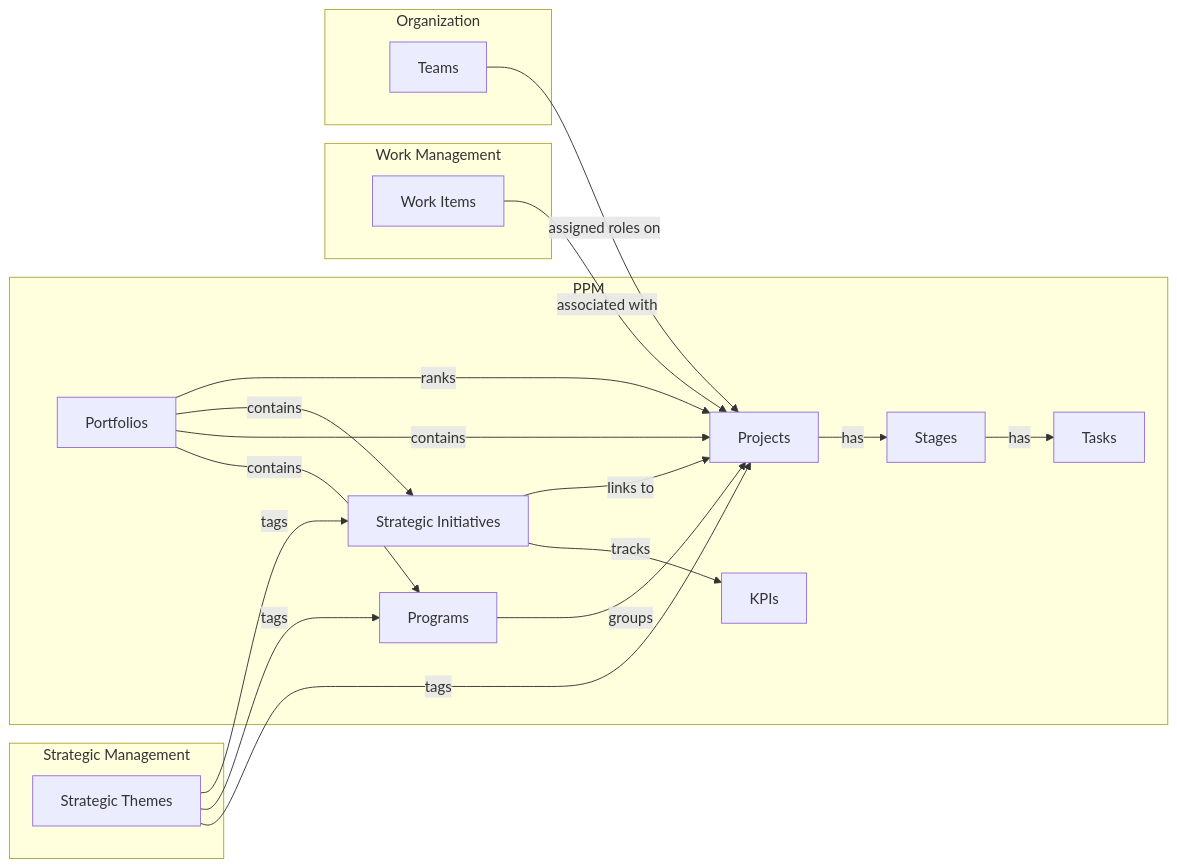
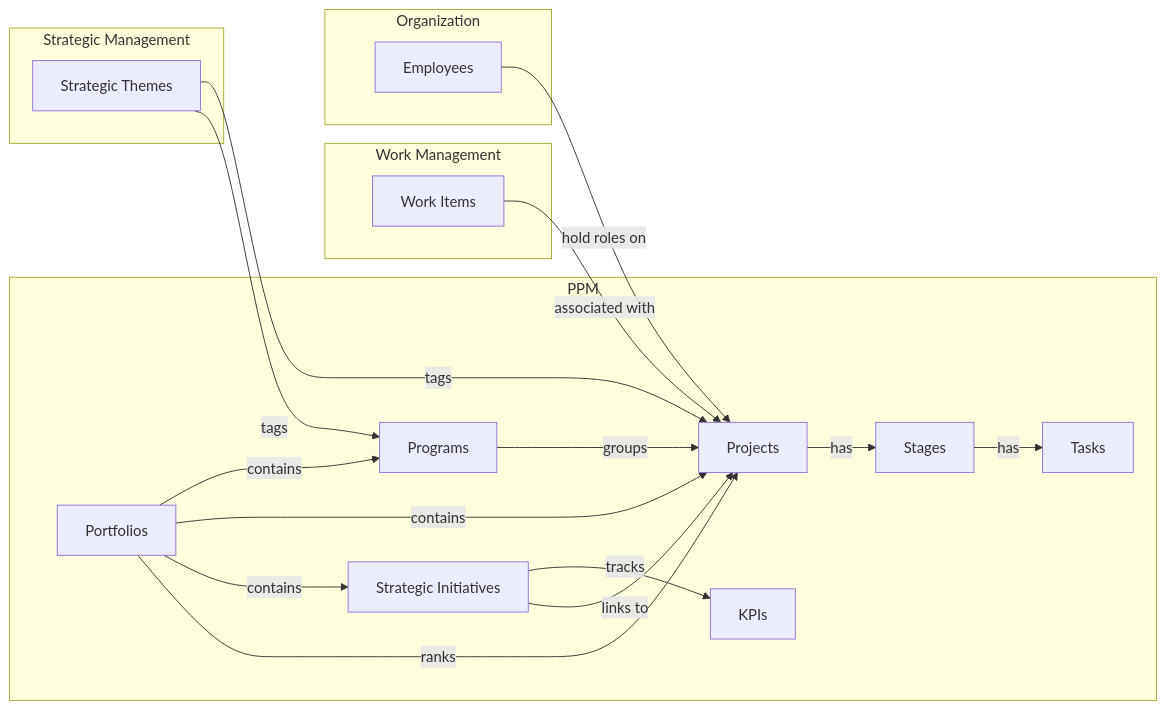
One commit to destacey/Wayd changed the diagram in docs/user-guide/ppm/index.mdx. Above: the diagram before and after it, drawn with Mermaid. The commit also changed other lines of this file and 78 other files, not shown here.

````diff
--- a/docs/user-guide/ppm/index.mdx
+++ b/docs/user-guide/ppm/index.mdx
@@ -16,36 +16,35 @@
 ```mermaid
 graph LR
     subgraph "Strategic Management"
         ST["Strategic Themes"]
     end
     subgraph "PPM"
         PF["Portfolios"]
         Prog["Programs"]
         Proj["Projects"]
         SI["Strategic Initiatives"]
         KPI["KPIs"]
         Stage["Stages"]
         Task["Tasks"]
     end
     subgraph "Work Management"
         WI["Work Items"]
     end
     subgraph "Organization"
-        Team["Teams"]
+        Emp["Employees"]
     end
 
     ST -->|tags| Proj
     ST -->|tags| Prog
-    ST -->|tags| SI
     PF -->|contains| Prog
     PF -->|contains| Proj
     PF -->|contains| SI
     PF -->|ranks| Proj
     Prog -->|groups| Proj
     Proj -->|has| Stage
     Stage -->|has| Task
     SI -->|tracks| KPI
     SI -->|links to| Proj
     WI -->|associated with| Proj
-    Team -->|assigned roles on| Proj
+    Emp -->|hold roles on| Proj
 ```
````
